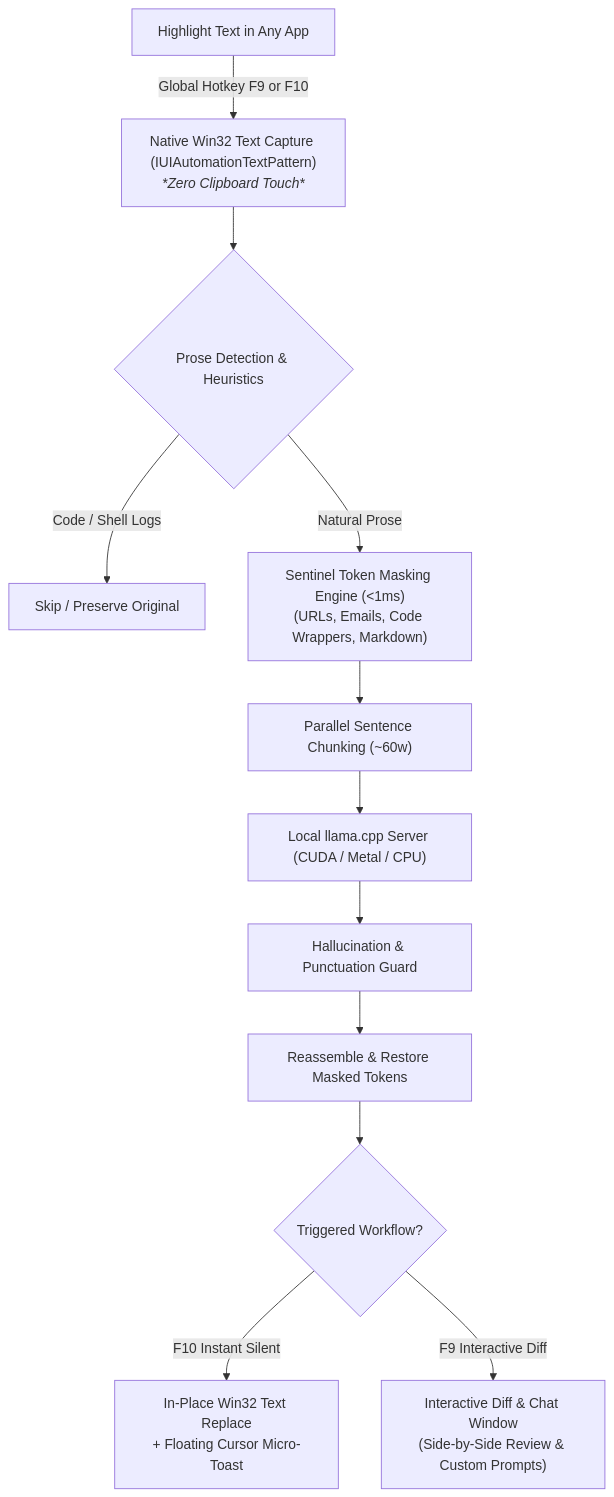
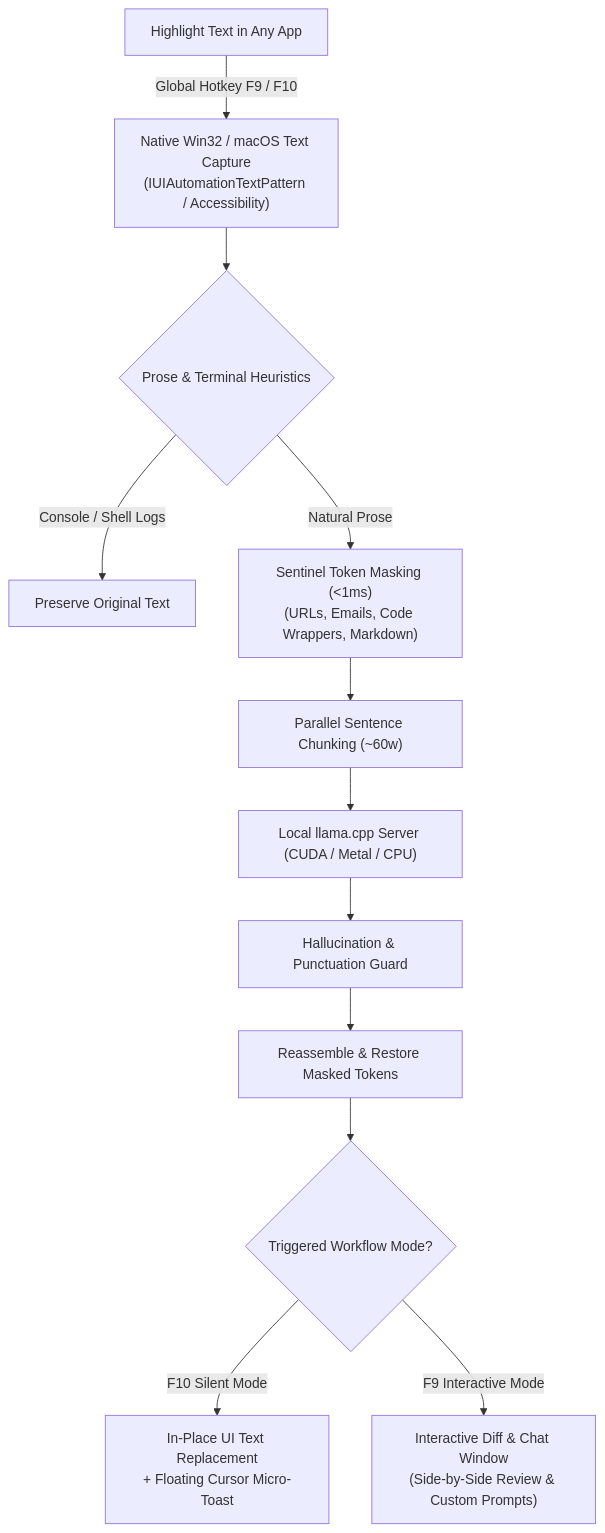
The diagram in README.md (AmrZriek/Stet), drawn with Mermaid before and after one commit. The commit also changed other lines of this file and 19 other files, not shown here.

````diff
--- a/README.md
+++ b/README.md
@@ -86,14 +165,14 @@
 ```mermaid
 graph TD
-    A["Highlight Text in Any App"] -->|Global Hotkey F9 or F10| B["Native Win32 Text Capture (IUIAutomationTextPattern)<br><i>*Zero Clipboard Touch*</i>"]
-    B --> C{"Prose Detection & Heuristics"}
-    C -->|Code / Shell Logs| D["Skip / Preserve Original"]
-    C -->|Natural Prose| E["Sentinel Token Masking Engine (&lt;1ms)<br>(URLs, Emails, Code Wrappers, Markdown)"]
+    A["Highlight Text in Any App"] -->|Global Hotkey F9 / F10| B["Native Win32 / macOS Text Capture<br>(IUIAutomationTextPattern / Accessibility)"]
+    B --> C{"Prose & Terminal Heuristics"}
+    C -->|Console / Shell Logs| D["Preserve Original Text"]
+    C -->|Natural Prose| E["Sentinel Token Masking (&lt;1ms)<br>(URLs, Emails, Code Wrappers, Markdown)"]
     E --> F["Parallel Sentence Chunking (~60w)"]
     F --> G["Local llama.cpp Server (CUDA / Metal / CPU)"]
     G --> H["Hallucination & Punctuation Guard"]
     H --> I["Reassemble & Restore Masked Tokens"]
-    I --> J{"Triggered Workflow?"}
-    J -->|F10 Instant Silent| K["In-Place Win32 Text Replace<br>+ Floating Cursor Micro-Toast"]
-    J -->|F9 Interactive Diff| L["Interactive Diff & Chat Window<br>(Side-by-Side Review & Custom Prompts)"]
+    I --> J{"Triggered Workflow Mode?"}
+    J -->|F10 Silent Mode| K["In-Place UI Text Replacement<br>+ Floating Cursor Micro-Toast"]
+    J -->|F9 Interactive Mode| L["Interactive Diff & Chat Window<br>(Side-by-Side Review & Custom Prompts)"]
 ```
````
